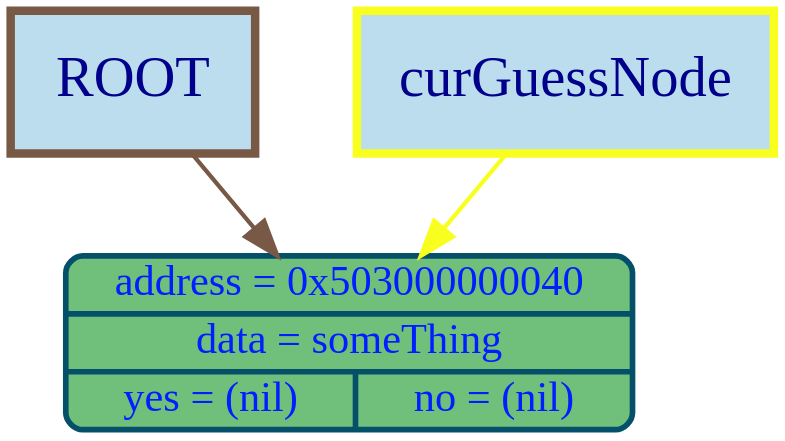
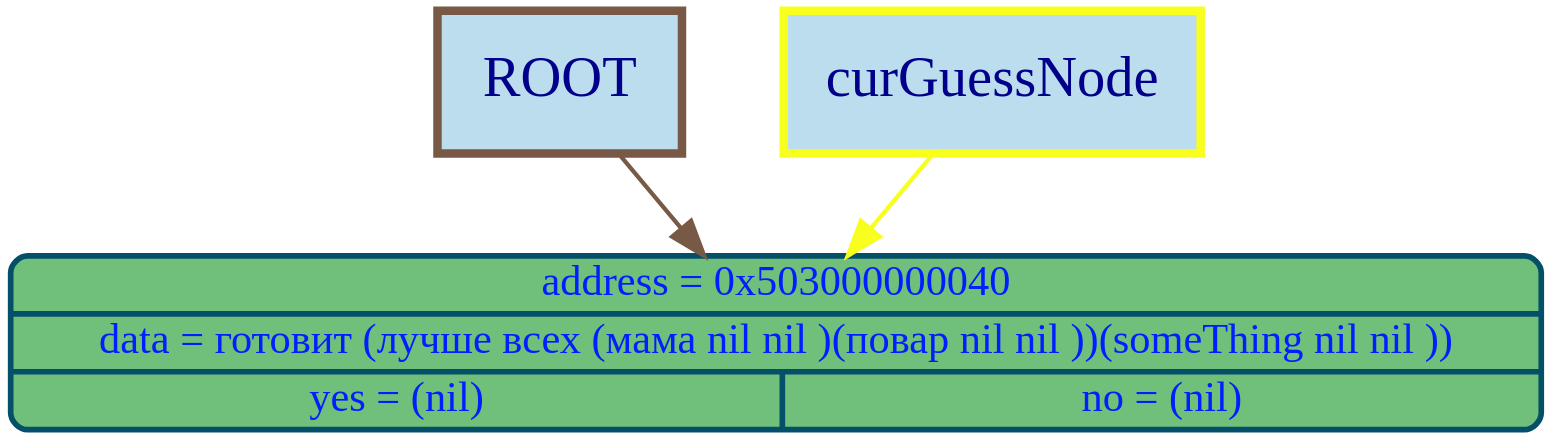
Before and after one commit to timoko3/akinator: the diagram in graphDumps/graphDump.dot, drawn with Graphviz. The commit also changed 35 other files, not shown here.

```diff
--- a/graphDumps/graphDump.dot
+++ b/graphDumps/graphDump.dot
@@ -1,12 +1,12 @@
 digraph G {
 bgcolor="transparent"
 nodesep = 1;
 ranksep = 1
 	node [shape=Mrecord, style="filled", fillcolor="#70c07cff", fontcolor="#001effff", color="#035068ff", penwidth=4, fontname="Menlo", fontsize=30];
 
-	node64 [label="{address = 0x503000000040 | data = someThing | {yes = (nil) | no = (nil)}} "];
+	node64 [label="{address = 0x503000000040 | data = готовит (лучше всех (мама nil nil )(повар nil nil ))(someThing nil nil )) | {yes = (nil) | no = (nil)}} "];
 root_label [shape=box, width = 2.4, height = 1.4, label="ROOT", style="filled", fillcolor="#BBDDEE", color="#785946ff", penwidth = 6,  fontcolor="darkblue", fontsize = 40];
 cur_node_label [shape=box, width = 2.4, height = 1.4, label="curGuessNode", style="filled", fillcolor="#BBDDEE", color="#f8ff1fff", penwidth = 6,  fontcolor="darkblue", fontsize = 40];
 root_label -> node64 [color="#785946ff"  , arrowsize=2.5, penwidth=3];
 cur_node_label -> node64 [color="#f8ff1fff"  , arrowsize=2.5, penwidth=3];
 }
```
